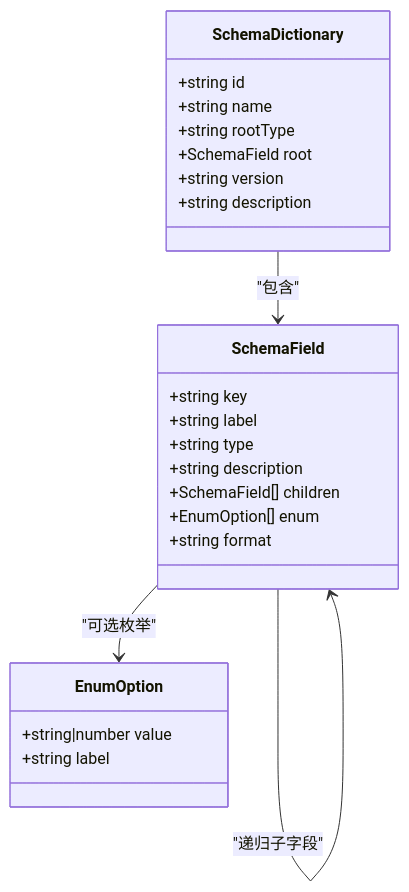
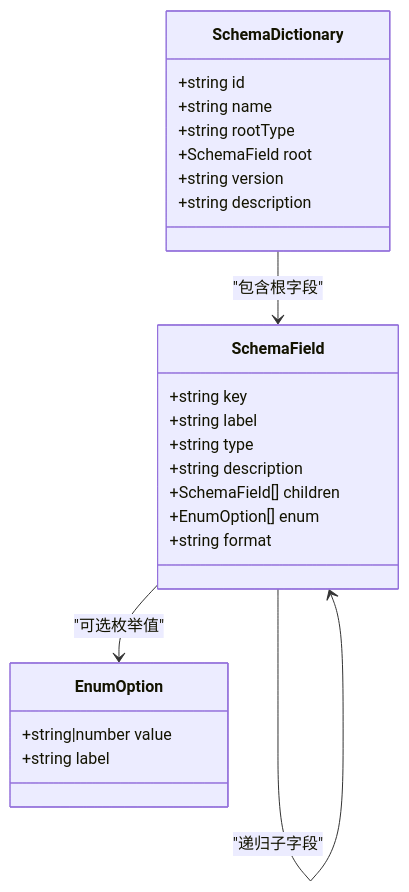
Before and after one commit to joker-yjc/printer: the third of 9 diagrams in .qoder/repowiki/zh/content/设计器前端应用/数据绑定系统/Schema管理.md, drawn with Mermaid. The commit also changed other lines of this file and 44 other files, not shown here.

````diff
--- a/.qoder/repowiki/zh/content/设计器前端应用/数据绑定系统/Schema管理.md
+++ b/.qoder/repowiki/zh/content/设计器前端应用/数据绑定系统/Schema管理.md
@@ -142,27 +165,27 @@
 ```mermaid
 classDiagram
 class SchemaDictionary {
 +string id
 +string name
 +string rootType
 +SchemaField root
 +string version
 +string description
 }
 class SchemaField {
 +string key
 +string label
 +string type
 +string description
 +SchemaField[] children
 +EnumOption[] enum
 +string format
 }
 class EnumOption {
 +string|number value
 +string label
 }
-SchemaDictionary --> SchemaField : "包含"
+SchemaDictionary --> SchemaField : "包含根字段"
 SchemaField --> SchemaField : "递归子字段"
-SchemaField --> EnumOption : "可选枚举"
+SchemaField --> EnumOption : "可选枚举值"
 ```
````
